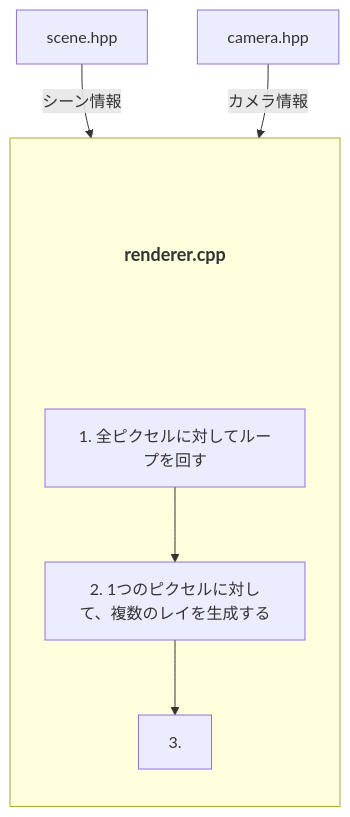
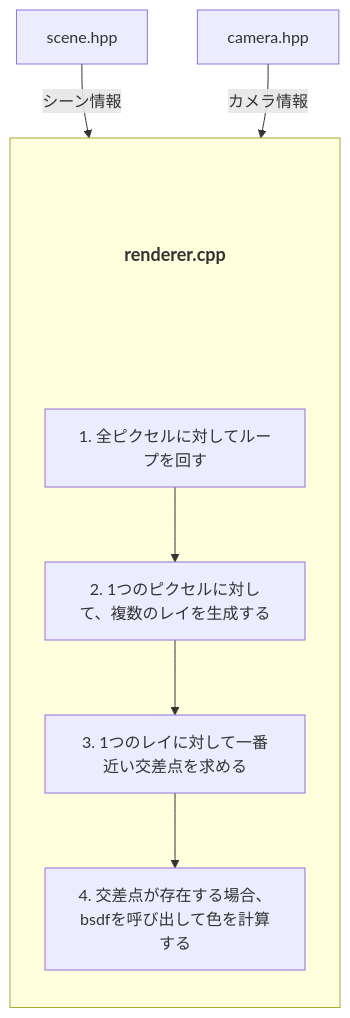
Before and after one commit to koretty/raytracing-engine: the second of 2 diagrams in docs/architecture.md, drawn with Mermaid. The commit also changed 1 other file, not shown here.

````diff
--- a/docs/architecture.md
+++ b/docs/architecture.md
@@ -43,24 +43,25 @@
 ```mermaid
 graph TD
     Scene["scene.hpp"]
     Camera["camera.hpp"]
 
     subgraph MainContainer [" "]
         direction TB
 
         Title{"renderer.cpp"}
         style Title fill:none,stroke:none,font-size:18px,font-weight:bold
         
         Step1["1. 全ピクセルに対してループを回す"]
         Step2["2. 1つのピクセルに対して、複数のレイを生成する"]
-        Step3["3. "]
+        Step3["3. 1つのレイに対して一番近い交差点を求める"]
+        Step4["4. 交差点が存在する場合、bsdfを呼び出して色を計算する"]
     
         Title ~~~ Step1
-        Step1 --> Step2 --> Step3
+        Step1 --> Step2 --> Step3 --> Step4
     end
 
     Scene -->|シーン情報| Step1
     Camera -->|カメラ情報| Step1
     
 
 ```
````
